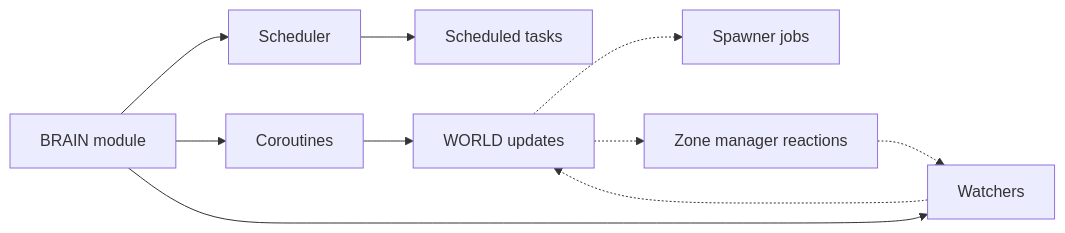
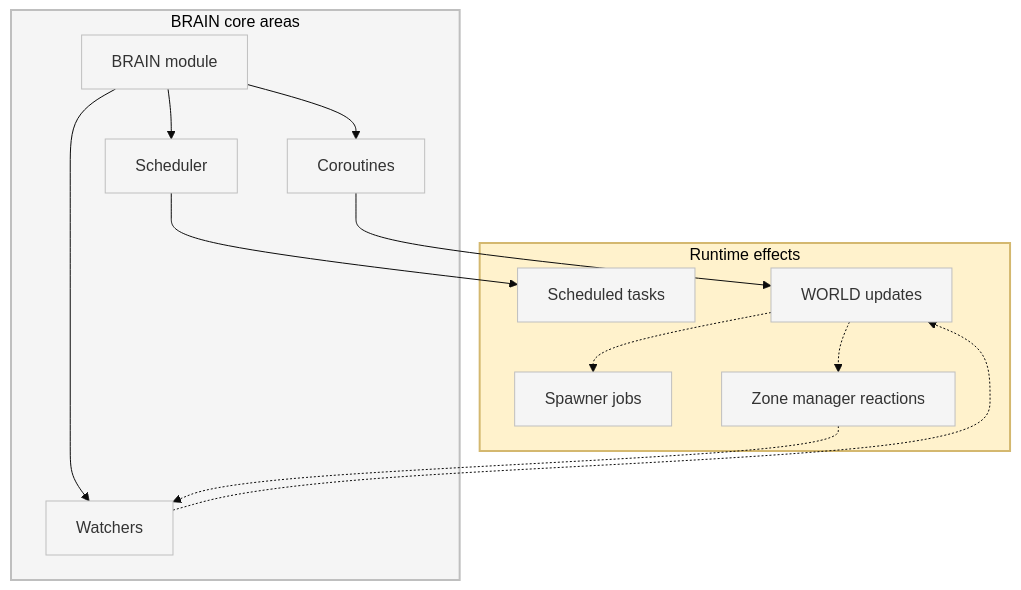
One commit to Gh0st352/AETHR changed the first of 2 diagrams in docs/brain/README.md. Above: the diagram before and after it, drawn with Mermaid. The commit also changed other lines of this file and 5 other files, not shown here.

First line of the commit message:
docs(diagrams): convert mermaid identifiers and improve styling

````diff
--- a/docs/brain/README.md
+++ b/docs/brain/README.md
@@ -18,12 +18,30 @@
 ```mermaid
-flowchart LR
-  BR[BRAIN module] --> SC[Scheduler]
-  BR --> CO[Coroutines]
-  BR --> WT[Watchers]
-  SC --> ST[Scheduled tasks]
-  CO --> WL[WORLD updates]
-  WT -.-> WL
-  WL -.-> SP[Spawner jobs]
-  WL -.-> ZM[Zone manager reactions]
-  ZM -.-> WT
+%%{init: {"theme":"base", "themeVariables": {"primaryColor":"#f5f5f5"}}}%%
+flowchart
+
+  %% Logical core: BRAIN and its areas
+  subgraph CORE [BRAIN core areas]
+    style CORE fill:#f5f5f5,stroke:#bfbfbf,stroke-width:2px
+    BR[BRAIN module]
+    SC[Scheduler]
+    CO[Coroutines]
+    WT[Watchers]
+    BR --> SC
+    BR --> CO
+    BR --> WT
+  end
+
+  %% Effects and downstream systems
+  subgraph EFFECTS [Runtime effects]
+    style EFFECTS fill:#fff2cc,stroke:#d4b86f,stroke-width:2px
+    SC --> ST[Scheduled tasks]
+    CO --> WL[WORLD updates]
+    WT -.-> WL
+    WL -.-> SP[Spawner jobs]
+    WL -.-> ZM[Zone manager reactions]
+    ZM -.-> WT
+  end
+
+  classDef nodeStyle fill:#f5f5f5,stroke:#bfbfbf,stroke-width:1px
+  class BR,SC,CO,WT,ST,WL,SP,ZM nodeStyle
 ```
````
